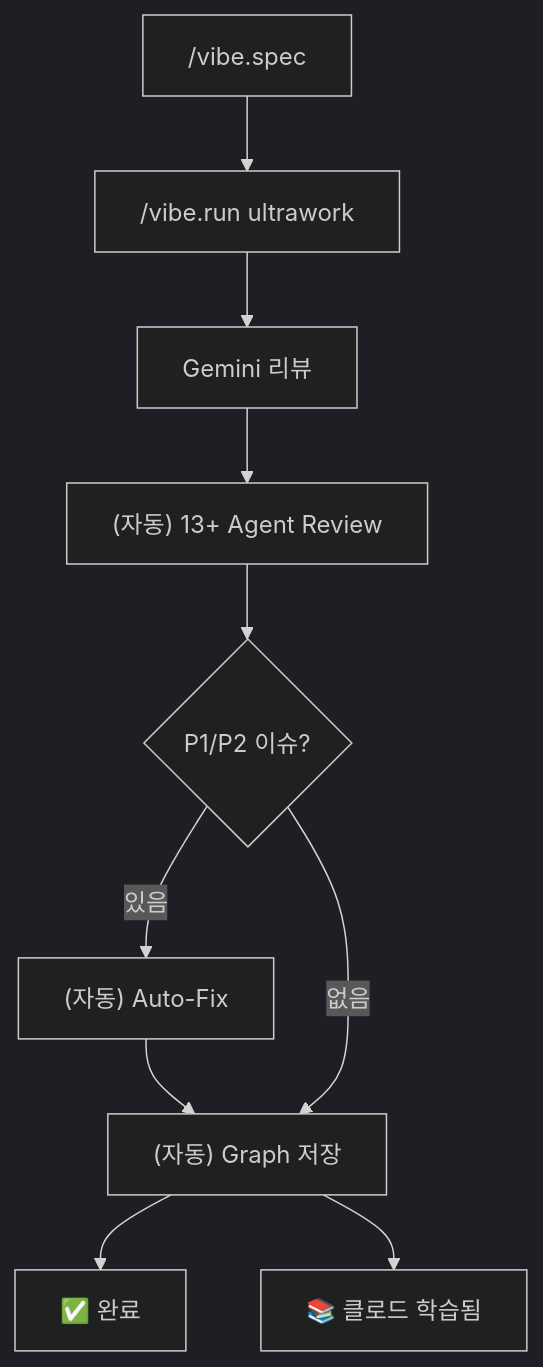
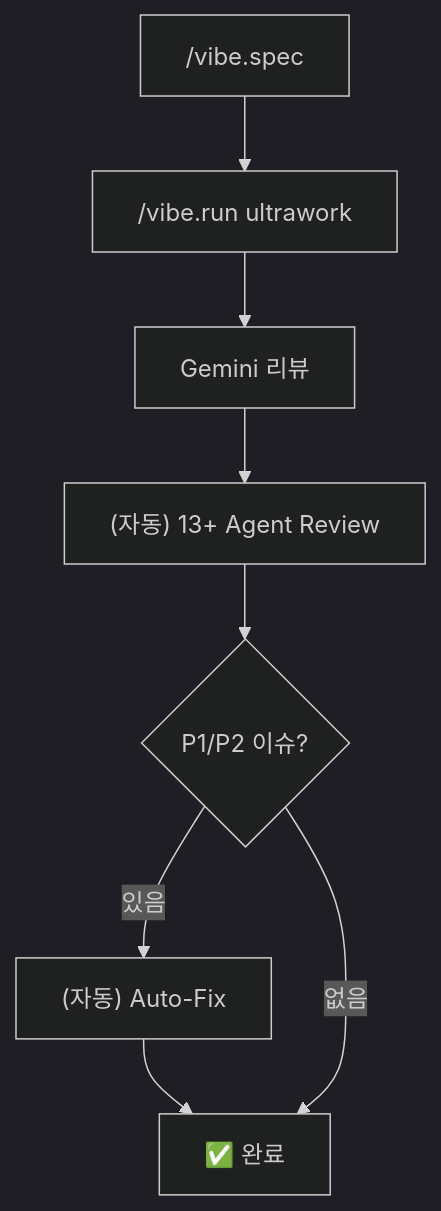
Before and after one commit to su-record/vibe: the diagram in CLAUDE.md, drawn with Mermaid (dark theme). The commit also changed other lines of this file and 3 other files, not shown here.

First line of the commit message:
refactor: remove graph/learning feature from workflow

````diff
--- a/CLAUDE.md
+++ b/CLAUDE.md
@@ -361,12 +325,10 @@
 ```mermaid
 flowchart TD
     A["/vibe.spec"] --> B["/vibe.run ultrawork"]
     B --> C["Gemini 리뷰"]
     C --> D["(자동) 13+ Agent Review"]
     D --> E{"P1/P2 이슈?"}
     E -->|있음| F["(자동) Auto-Fix"]
-    F --> G["(자동) Graph 저장"]
+    F --> G["✅ 완료"]
     E -->|없음| G
-    G --> H["✅ 완료"]
-    G --> I["📚 클로드 학습됨"]
 ```
````
